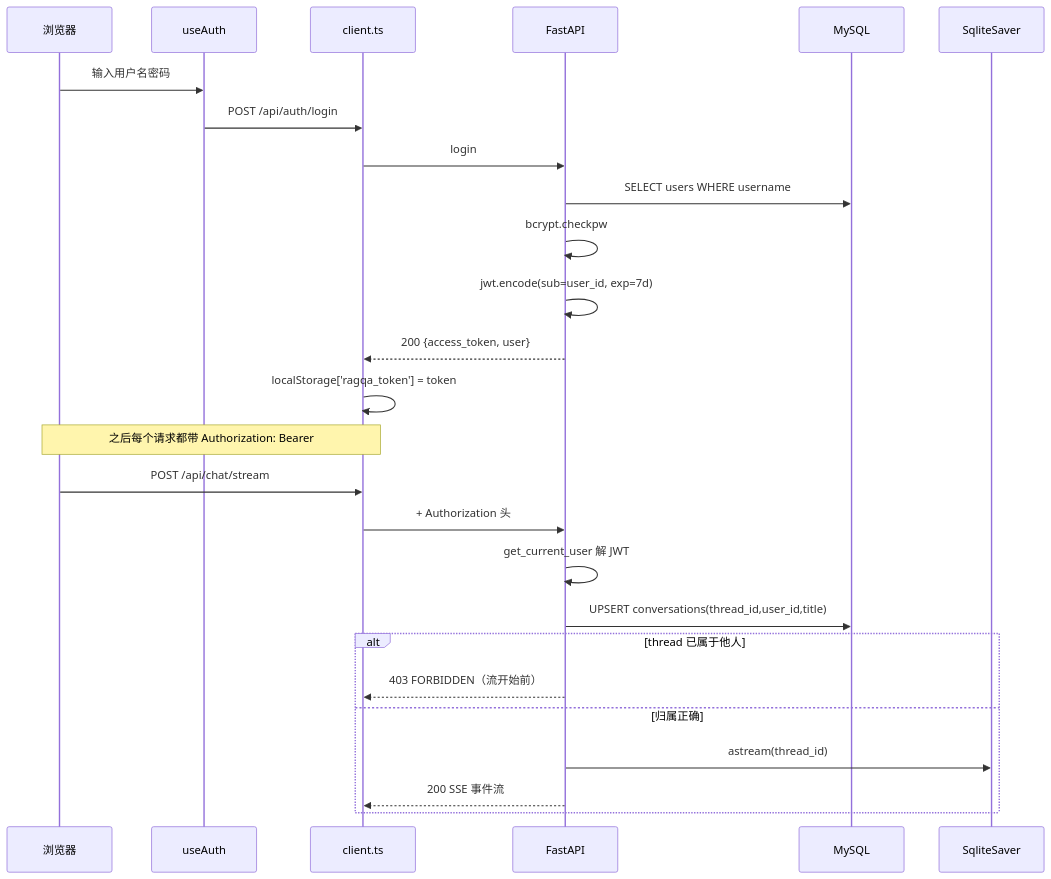
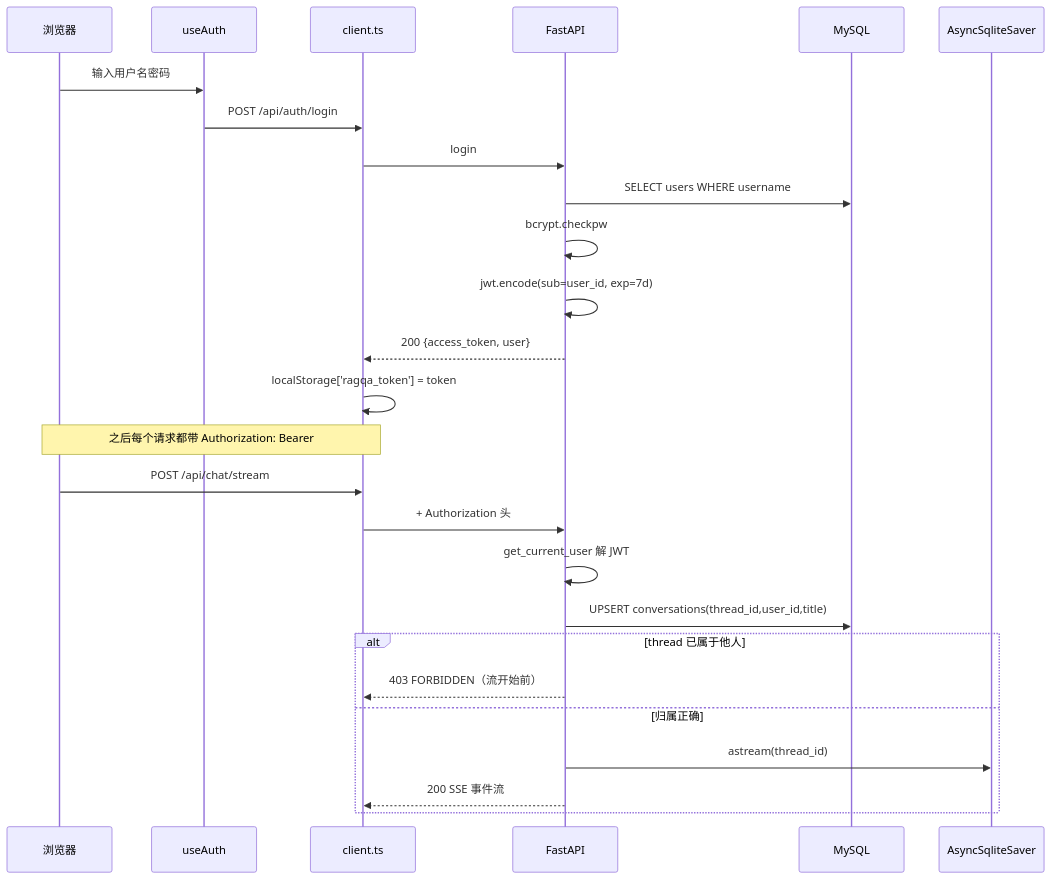
Before and after one commit to 7641751/advanced_tutorial: the diagram in rag_qa_project/docs/superpowers/specs/2026-09-13-p2-account-auth-design.md, drawn with Mermaid. The commit also changed other lines of this file and 31 other files, not shown here.

````diff
--- a/rag_qa_project/docs/superpowers/specs/2026-09-13-p2-account-auth-design.md
+++ b/rag_qa_project/docs/superpowers/specs/2026-09-13-p2-account-auth-design.md
@@ -60,28 +60,28 @@
 ```mermaid
 sequenceDiagram
     participant U as 浏览器
     participant A as useAuth
     participant C as client.ts
     participant BE as FastAPI
     participant DB as MySQL
-    participant CP as SqliteSaver
+    participant CP as AsyncSqliteSaver
     U->>A: 输入用户名密码
     A->>C: POST /api/auth/login
     C->>BE: login
     BE->>DB: SELECT users WHERE username
     BE->>BE: bcrypt.checkpw
     BE->>BE: jwt.encode(sub=user_id, exp=7d)
     BE-->>C: 200 {access_token, user}
     C->>C: localStorage['ragqa_token'] = token
     Note over U,C: 之后每个请求都带 Authorization: Bearer
     U->>C: POST /api/chat/stream
     C->>BE: + Authorization 头
     BE->>BE: get_current_user 解 JWT
     BE->>DB: UPSERT conversations(thread_id,user_id,title)
     alt thread 已属于他人
         BE-->>C: 403 FORBIDDEN（流开始前）
     else 归属正确
         BE->>CP: astream(thread_id)
         BE-->>C: 200 SSE 事件流
     end
 ```
````
